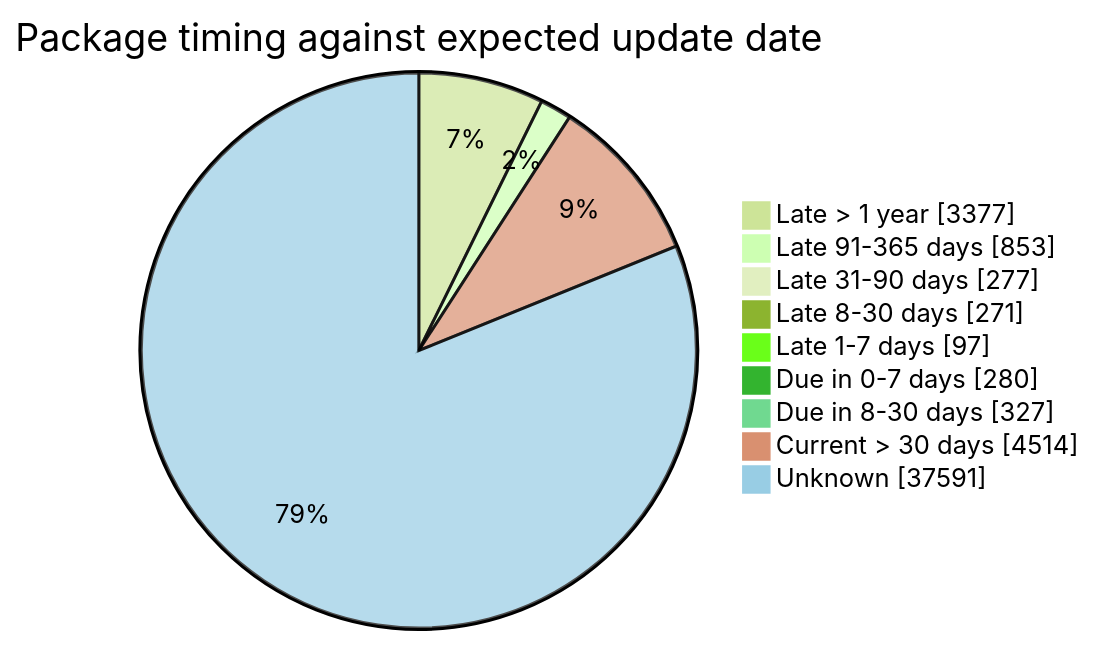
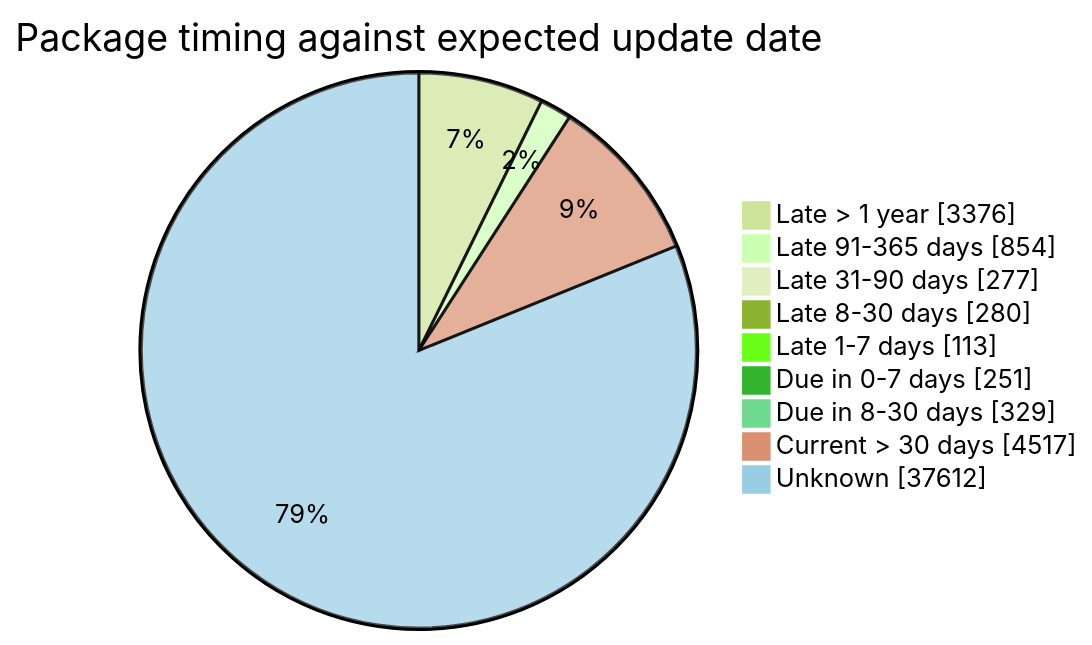
The fourth of 5 diagrams in FreshCheck/README.md (open-data/analytics-corporate-reporting), drawn with Mermaid (forest theme) before and after one commit. The commit also changed other lines of this file and 3 other files, not shown here.

````diff
--- a/FreshCheck/README.md
+++ b/FreshCheck/README.md
@@ -87,12 +86,12 @@
 ```mermaid
 pie showData title Package timing against expected update date
-    "Late > 1 year": 3377
-    "Late 91-365 days": 853
+    "Late > 1 year": 3376
+    "Late 91-365 days": 854
     "Late 31-90 days": 277
-    "Late 8-30 days": 271
-    "Late 1-7 days": 97
-    "Due in 0-7 days": 280
-    "Due in 8-30 days": 327
-    "Current > 30 days": 4514
-    "Unknown": 37591
+    "Late 8-30 days": 280
+    "Late 1-7 days": 113
+    "Due in 0-7 days": 251
+    "Due in 8-30 days": 329
+    "Current > 30 days": 4517
+    "Unknown": 37612
 ```
````
